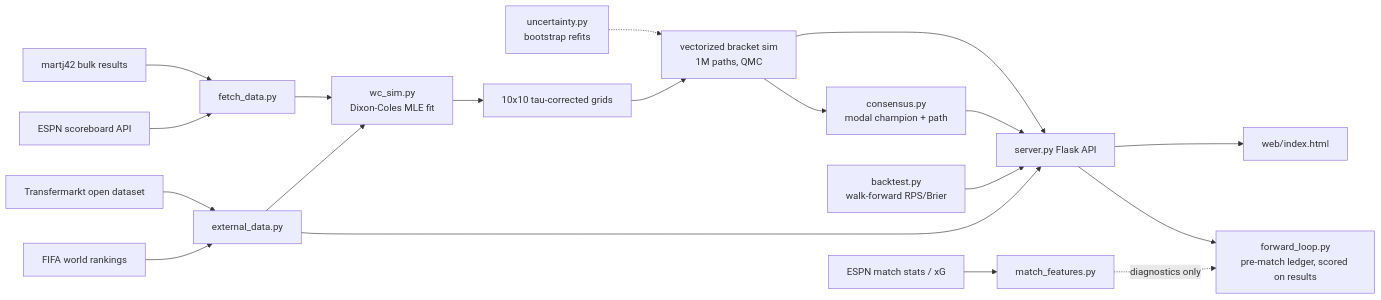
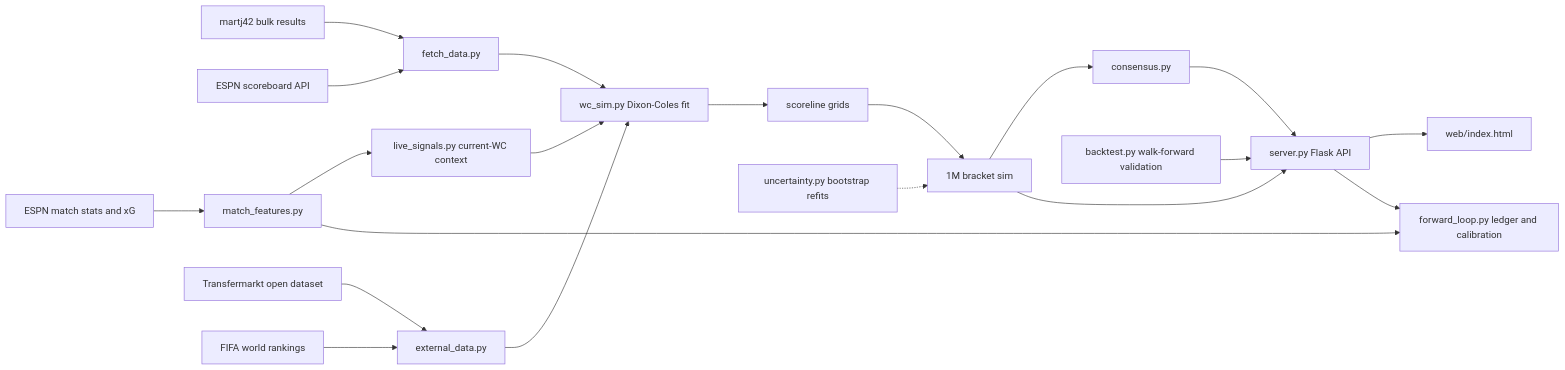
One commit to suyashbansal07-dev/FIFA-26-sim changed the diagram in README.md. Above: the diagram before and after it, drawn with Mermaid. The commit also changed other lines of this file and 12 other files, not shown here.

````diff
--- a/README.md
+++ b/README.md
@@ -62,21 +129,22 @@
 ```mermaid
 flowchart LR
     A[martj42 bulk results] --> C[fetch_data.py]
     B[ESPN scoreboard API] --> C
-    B2[ESPN match stats / xG] --> MF[match_features.py]
+    B2[ESPN match stats and xG] --> MF[match_features.py]
     B3[Transfermarkt open dataset] --> X[external_data.py]
     B4[FIFA world rankings] --> X
-    C --> D[wc_sim.py<br/>Dixon-Coles MLE fit]
-    D --> E[10x10 tau-corrected grids]
-    U[uncertainty.py<br/>bootstrap refits] -.-> F
-    E --> F[vectorized bracket sim<br/>1M paths, QMC]
-    F --> G[consensus.py<br/>modal champion + path]
+    C --> D[wc_sim.py Dixon-Coles fit]
+    MF --> LS[live_signals.py current-WC context]
+    LS --> D
+    X --> D
+    D --> E[scoreline grids]
+    E --> F[1M bracket sim]
+    U[uncertainty.py bootstrap refits] -.-> F
+    F --> G[consensus.py]
     F --> H[server.py Flask API]
     G --> H
     H --> I[web/index.html]
-    H --> J[forward_loop.py<br/>pre-match ledger, scored on results]
-    K[backtest.py<br/>walk-forward RPS/Brier] --> H
-    MF -.diagnostics only.-> J
-    X --> D
-    X --> H
+    H --> J[forward_loop.py ledger and calibration]
+    MF --> J
+    K[backtest.py walk-forward validation] --> H
 ```
````
